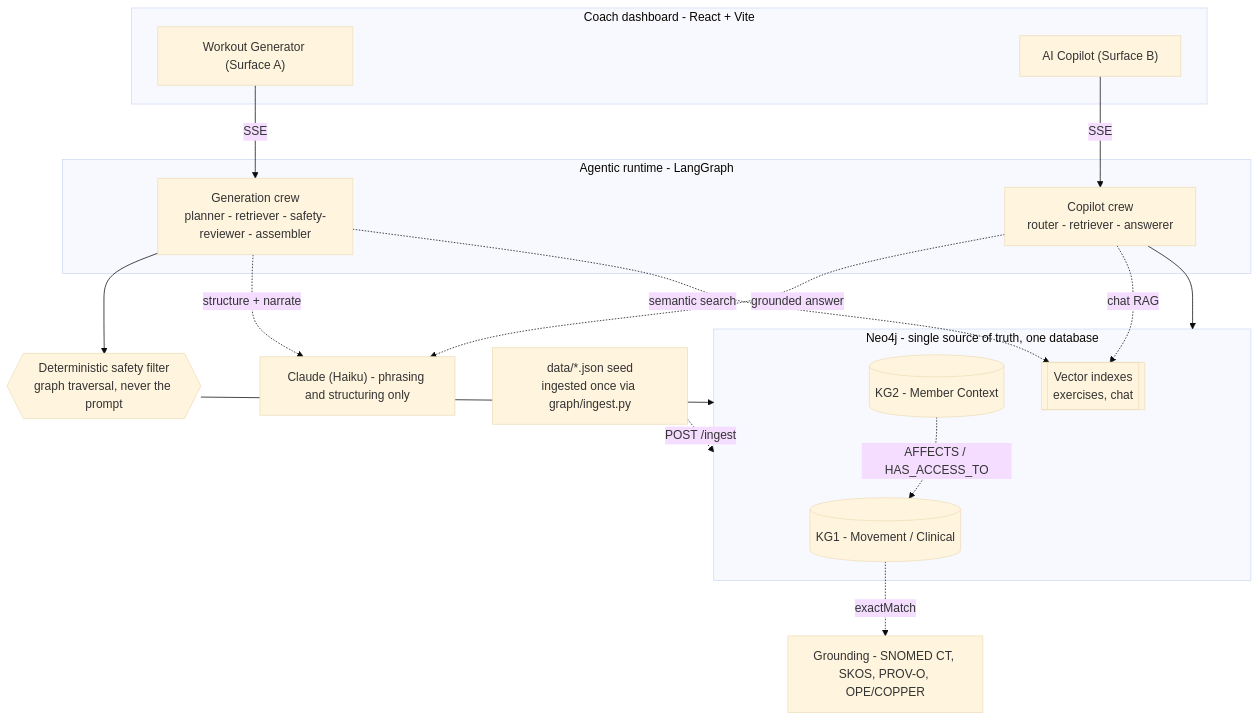
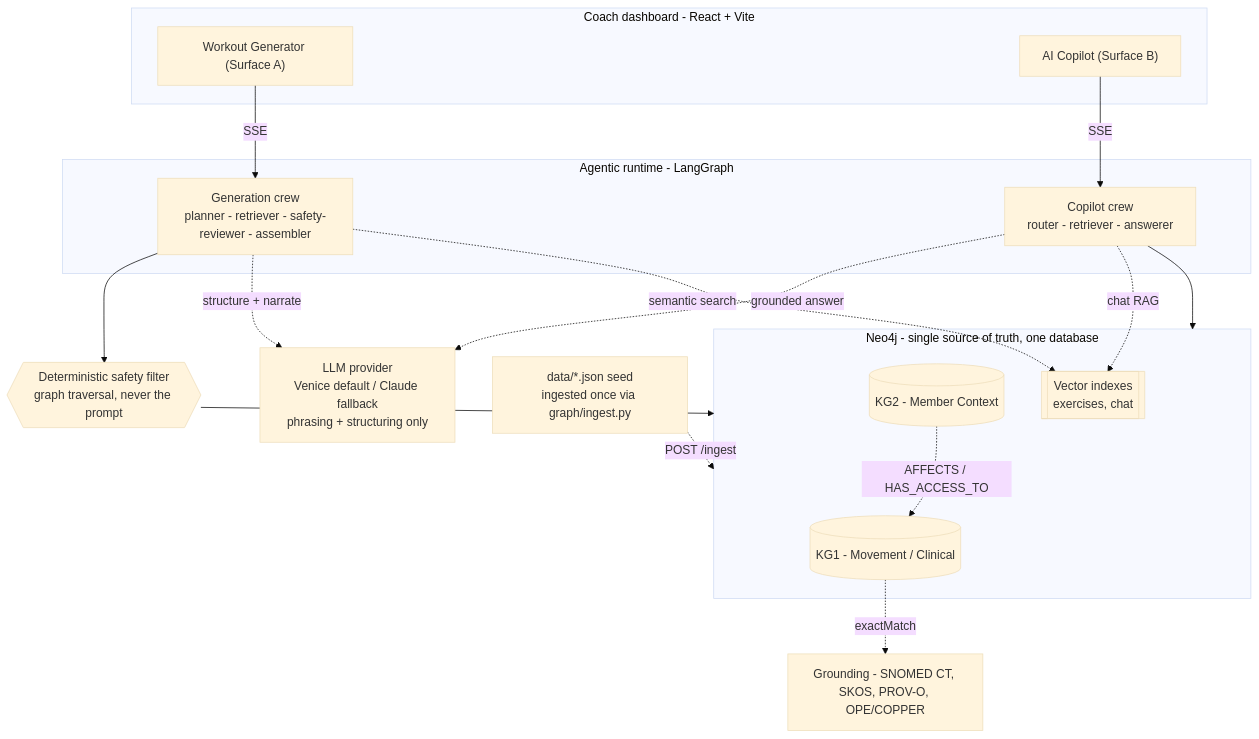
The diagram in README.md (trossitter/future-coach-dashboard), drawn with Mermaid (base theme) before and after one commit. The commit also changed other lines of this file and 6 other files, not shown here.

Commit message:
feat(llm): add provider abstraction

````diff
--- a/README.md
+++ b/README.md
@@ -16,35 +16,35 @@
 ```mermaid
 flowchart TB
   subgraph UI["Coach dashboard - React + Vite"]
     A["Workout Generator (Surface A)"]
     B["AI Copilot (Surface B)"]
   end
 
   subgraph RT["Agentic runtime - LangGraph"]
     G["Generation crew<br/>planner - retriever - safety-reviewer - assembler"]
     C["Copilot crew<br/>router - retriever - answerer"]
   end
 
   SAFE{{"Deterministic safety filter<br/>graph traversal, never the prompt"}}
 
   subgraph KG["Neo4j - single source of truth, one database"]
     K1[("KG1 - Movement / Clinical")]
     K2[("KG2 - Member Context")]
     VEC[["Vector indexes<br/>exercises, chat"]]
   end
 
   SEED["data/*.json seed<br/>ingested once via graph/ingest.py"]
   SEED -.->|"POST /ingest"| KG
 
-  LLM["Claude (Haiku) - phrasing and structuring only"]
+  LLM["LLM provider<br/>Venice default / Claude fallback<br/>phrasing + structuring only"]
   GR["Grounding - SNOMED CT, SKOS, PROV-O, OPE/COPPER"]
 
   A -->|SSE| G --> SAFE --> KG
   B -->|SSE| C --> KG
   G -.->|"structure + narrate"| LLM
   C -.->|"grounded answer"| LLM
   G -.->|"semantic search"| VEC
   C -.->|"chat RAG"| VEC
   K1 -.->|exactMatch| GR
   K2 -.->|"AFFECTS / HAS_ACCESS_TO"| K1
 ```
````
